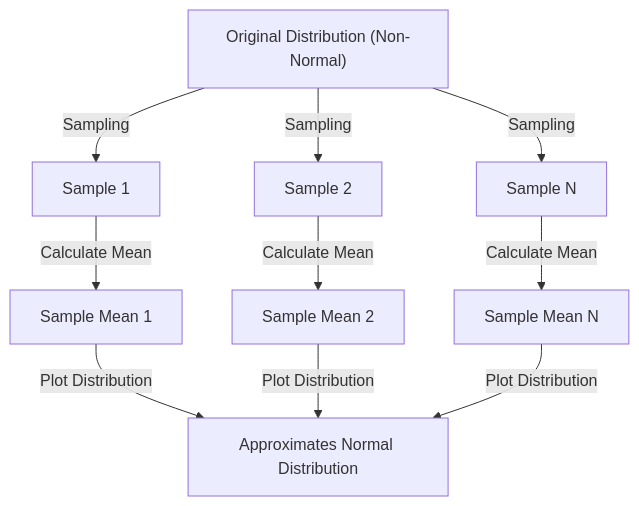
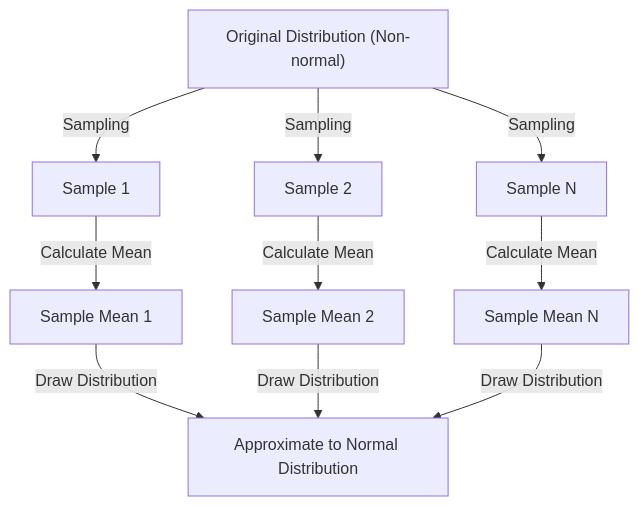
Before and after one commit to kenjinote/blog: the diagram in content/post/central-limit-theorem/index.en.md, drawn with Mermaid. The commit also changed other lines of this file and 97 other files, not shown here.

````diff
--- a/content/post/central-limit-theorem/index.en.md
+++ b/content/post/central-limit-theorem/index.en.md
@@ -43,12 +43,12 @@
 ```mermaid
 graph TD
-    A["Original Distribution (Non-Normal)"] -->|"Sampling"| B["Sample 1"]
+    A["Original Distribution (Non-normal)"] -->|"Sampling"| B["Sample 1"]
     A -->|"Sampling"| C["Sample 2"]
     A -->|"Sampling"| D["Sample N"]
     B -->|"Calculate Mean"| E["Sample Mean 1"]
     C -->|"Calculate Mean"| F["Sample Mean 2"]
     D -->|"Calculate Mean"| G["Sample Mean N"]
-    E -->|"Plot Distribution"| H["Approximates Normal Distribution"]
-    F -->|"Plot Distribution"| H
-    G -->|"Plot Distribution"| H
+    E -->|"Draw Distribution"| H["Approximate to Normal Distribution"]
+    F -->|"Draw Distribution"| H
+    G -->|"Draw Distribution"| H
 ```
````
